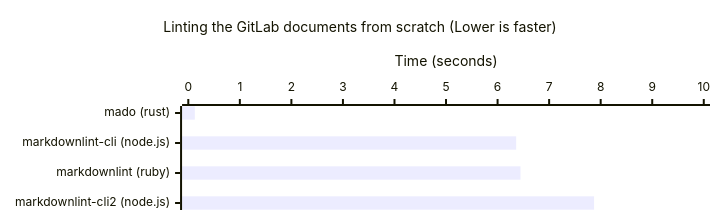
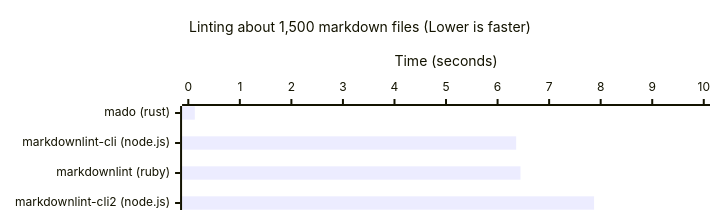
One commit to jasonxue1/mado changed the diagram in README.md. Above: the diagram before and after it, drawn with Mermaid. The commit also changed other lines of this file, not shown here.

````diff
--- a/README.md
+++ b/README.md
@@ -18,20 +18,20 @@
 ```mermaid
 ---
 config:
     xyChart:
         height: 200
         titleFontSize: 14
         chartOrientation: horizontal
         xAxis:
             labelFontSize: 12
             titleFontSize: 14
         yAxis:
             labelFontSize: 12
             titleFontSize: 14
 ---
 xychart-beta
-    title "Linting the GitLab documents from scratch (Lower is faster)"
+    title "Linting about 1,500 markdown files (Lower is faster)"
     x-axis ["mado (rust)", "markdownlint-cli (node.js)", "markdownlint (ruby)", "markdownlint-cli2 (node.js)"]
     y-axis "Time (seconds)" 0 --> 10
     bar [0.1266, 6.361, 6.444, 7.872]
 ```
````
